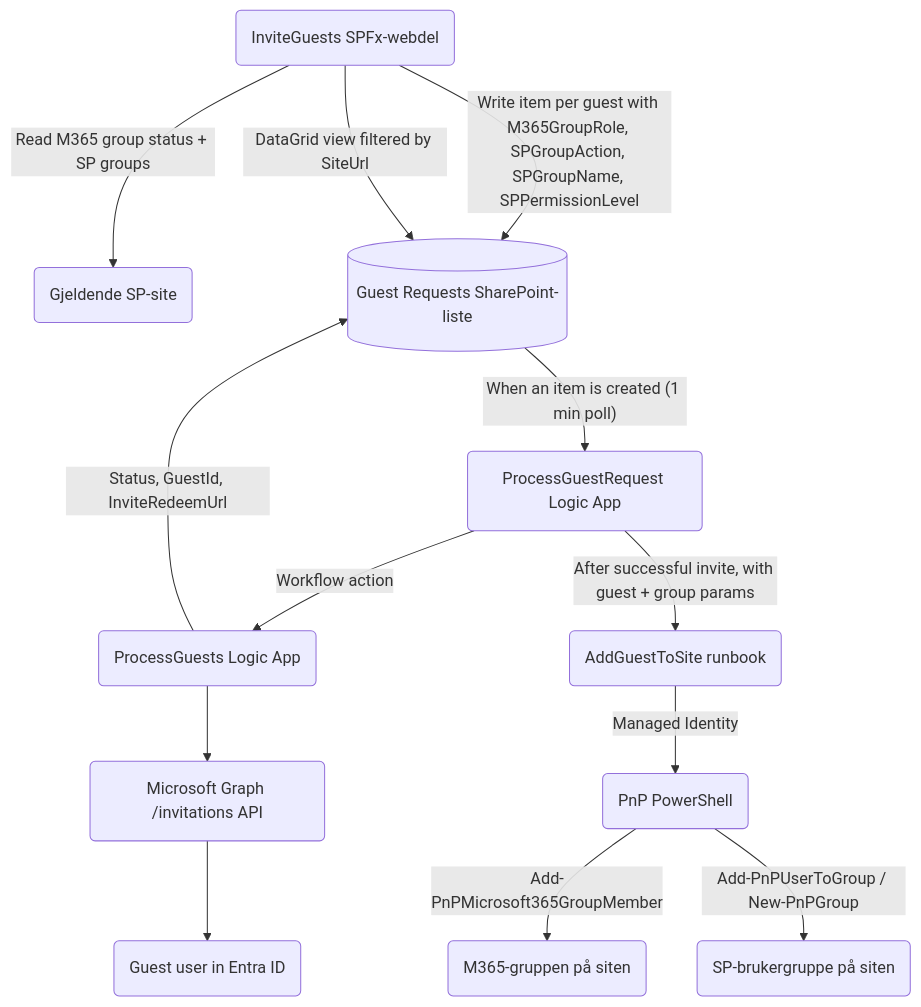
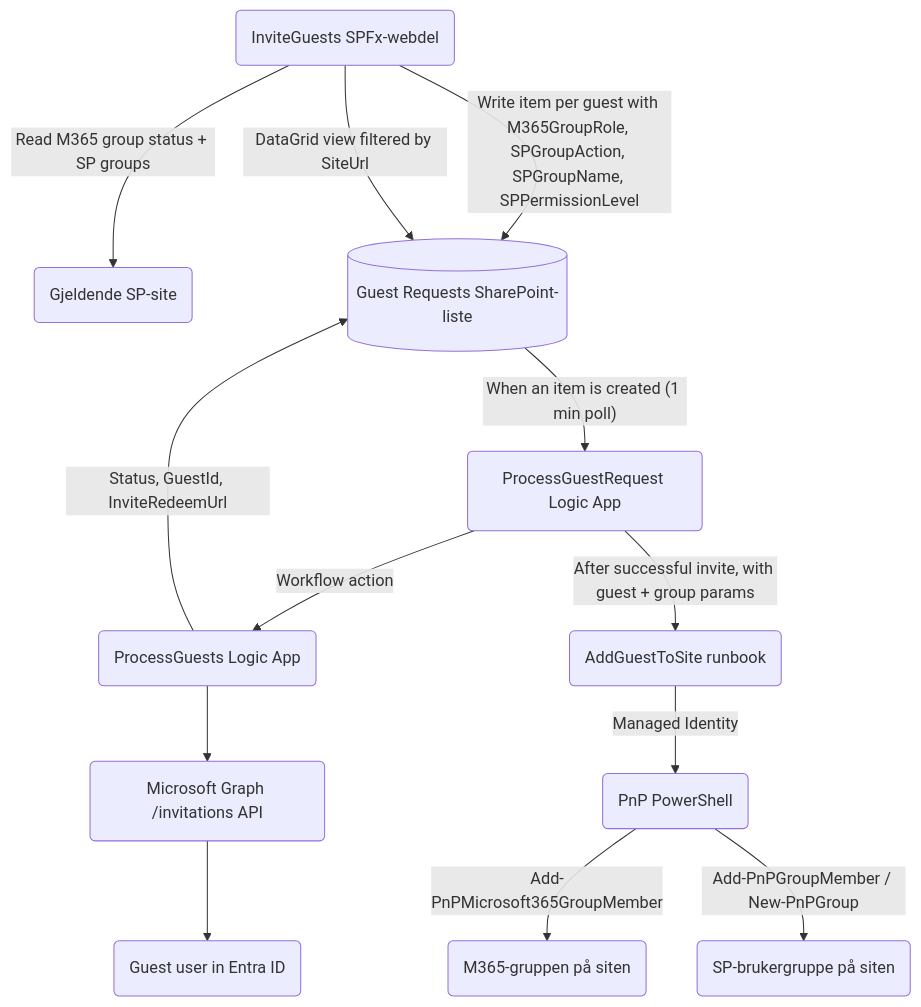
The second of 2 diagrams in Teknisk-losningsbeskrivelse.md (Puzzlepart/bestillingsportalen), drawn with Mermaid before and after one commit. The commit also changed 2 other files, not shown here.

Commit message:
Rett to PnP 1.x-cmdletnavn i ConfigureSpace-runbooken
`Add-PnPUserToGroup` og `Set-PnPLabel` ble fjernet av PnP før 3.x og finnes ikke i
verken 3.2.0 eller 3.4.0 - heller ikke som aliaser. Runbookene kjører på 3.2 i runtime
environmentet, så begge stegene feilet med «not recognized»: besøkende-steget ved hver
bestilling med `Visitors`, oppbevaringsmerke-steget ved hver bestilling med
`RetentionLabel`. Med fail-fast per steg felte de hele bestillingen.

Erstattet med `Add-PnPGroupMember -Group` og `Set-PnPRetentionLabel`, som tar samme
argumenter.

Funnet ved å parse alle PnP-kall i repoet med PowerShell-AST og validere cmdlet- og
parameterflaten mot den importerte modulen - 44 cmdlets, 100 parameterbruk - med samme
sjekk mot 3.2.0 som kontroll, slik at metodens blindsoner (dynamiske parametre på
`New-PnPSite`) kunne skilles fra reelle funn. Ingen cmdlets er fjernet mellom 3.2.0 og
3.4.0, og alle parametre løsningen bruker finnes fortsatt.

````diff
--- a/Teknisk-losningsbeskrivelse.md
+++ b/Teknisk-losningsbeskrivelse.md
@@ -32,14 +32,14 @@
 ``` mermaid
 graph TD
     A(InviteGuests SPFx-webdel) --> | Read M365 group status + SP groups | A2(Gjeldende SP-site)
     A --> | Write item per guest with M365GroupRole, SPGroupAction, SPGroupName, SPPermissionLevel | B[("Guest Requests SharePoint-liste")]
     B --> |"When an item is created (1 min poll)"| C(ProcessGuestRequest Logic App)
     C --> | Workflow action | D(ProcessGuests Logic App)
     D --> E(Microsoft Graph /invitations API) --> F(Guest user in Entra ID)
     D --> | Status, GuestId, InviteRedeemUrl | B
     C --> | After successful invite, with guest + group params | G(AddGuestToSite runbook)
     G --> | Managed Identity | H(PnP PowerShell)
     H --> | Add-PnPMicrosoft365GroupMember | I2(M365-gruppen på siten)
-    H --> | Add-PnPUserToGroup / New-PnPGroup | J2(SP-brukergruppe på siten)
+    H --> | Add-PnPGroupMember / New-PnPGroup | J2(SP-brukergruppe på siten)
     A --> | DataGrid view filtered by SiteUrl | B
 ```
````
